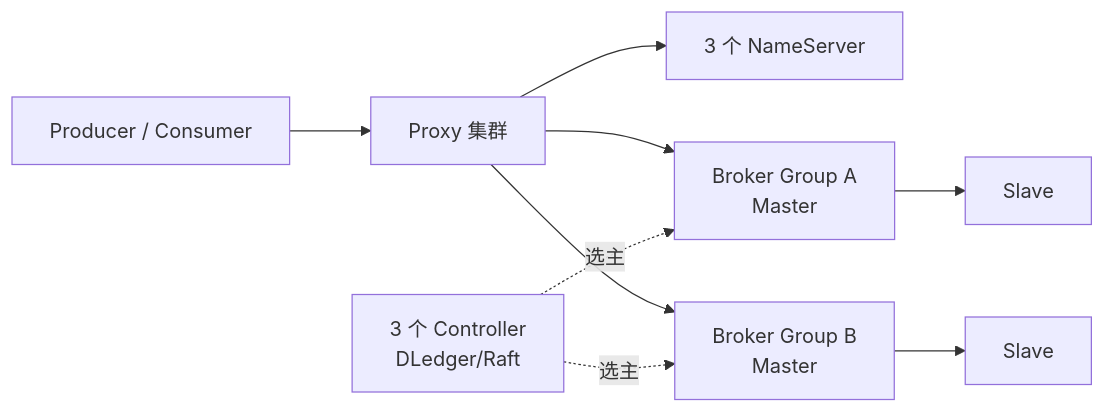
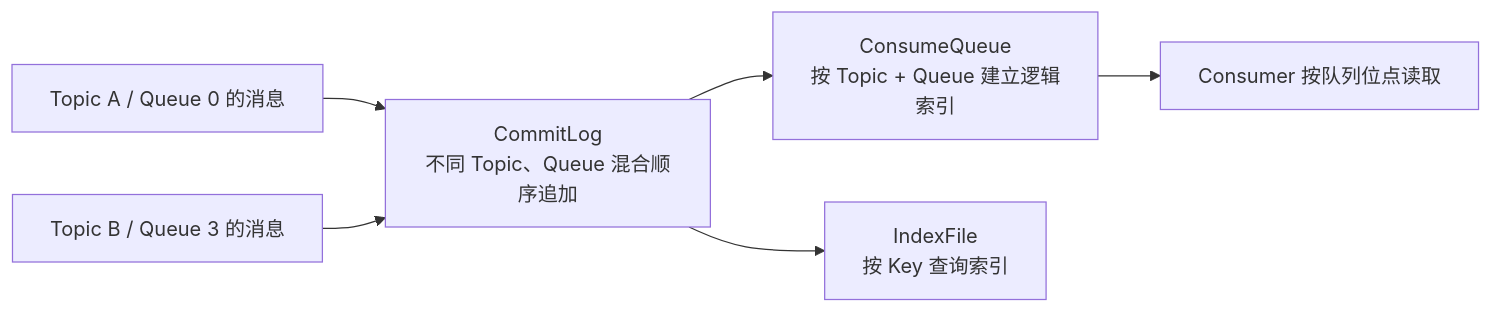
One commit to hotttao/backup changed the third of 9 diagrams in posts/microservices/queue/004_rocketmq.md. Above: the diagram before and after it, drawn with Mermaid. The commit also changed other lines of this file and 10 other files, not shown here.

````diff
--- a/posts/microservices/queue/004_rocketmq.md
+++ b/posts/microservices/queue/004_rocketmq.md
@@ -27,11 +197,8 @@
 ```mermaid
 flowchart LR
-    P[Producer / Consumer] --> PX[Proxy 集群]
-    PX --> NS[3 个 NameServer]
-    PX --> M1[Broker Group A\nMaster]
-    M1 --> S1[Slave]
-    PX --> M2[Broker Group B\nMaster]
-    M2 --> S2[Slave]
-    CT[3 个 Controller\nDLedger/Raft] -. 选主 .-> M1
-    CT -. 选主 .-> M2
+    M1[Topic A / Queue 0 的消息] --> CL[CommitLog\n不同 Topic、Queue 混合顺序追加]
+    M2[Topic B / Queue 3 的消息] --> CL
+    CL --> CQ[ConsumeQueue\n按 Topic + Queue 建立逻辑索引]
+    CL --> IF[IndexFile\n按 Key 查询索引]
+    CQ --> C[Consumer 按队列位点读取]
 ```
````
